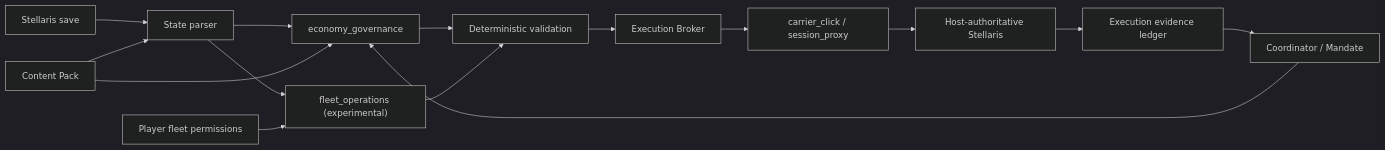
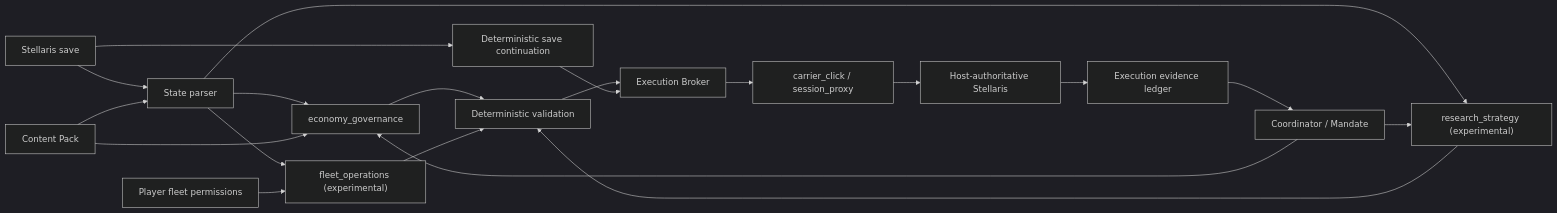
Before and after one commit to V2t-Nostalgia/imperial-auto-governor: the diagram in README.md, drawn with Mermaid (dark theme). The commit also changed other lines of this file and 65 other files, not shown here.

````diff
--- a/README.md
+++ b/README.md
@@ -24,17 +25,22 @@
 ```mermaid
 flowchart LR
     S["Stellaris save"] --> P["State parser"]
     P --> A["economy_governance"]
     P --> F["fleet_operations (experimental)"]
+    P --> R["research_strategy (experimental)"]
     C["Coordinator / Mandate"] --> A
     U["Player fleet permissions"] --> F
+    C --> R
     K["Content Pack"] --> P
     K --> A
+    S --> Q["Deterministic save continuation"]
     A --> V["Deterministic validation"]
     F --> V
+    R --> V
     V --> B["Execution Broker"]
+    Q --> B
     B --> H["carrier_click / session_proxy"]
     H --> G["Host-authoritative Stellaris"]
     G --> E["Execution evidence ledger"]
     E --> C
 ```
````
